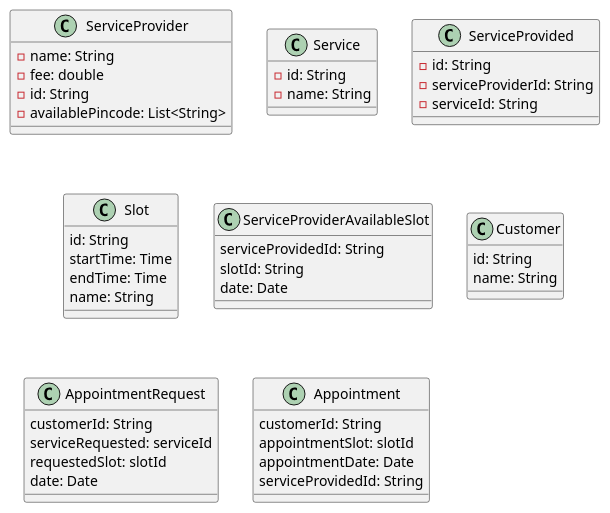
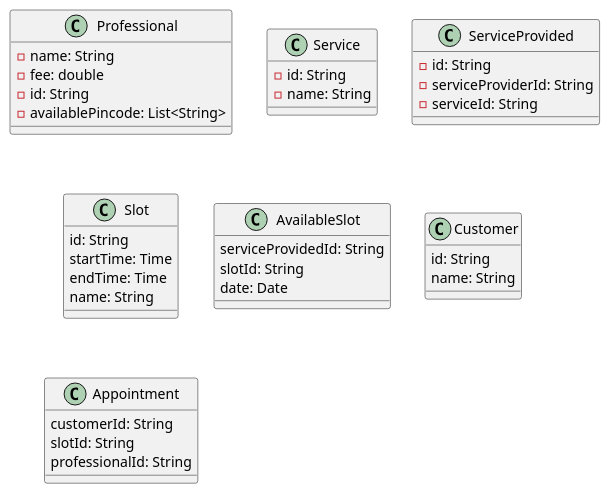
The diagram in UrbanClap/UrbanClapClassDiagram.puml (SanthoshGugan/LLD), drawn with PlantUML before and after one commit. The commit also changed 24 other files, not shown here.

```diff
--- a/UrbanClap/UrbanClapClassDiagram.puml
+++ b/UrbanClap/UrbanClapClassDiagram.puml
@@ -1,57 +1,50 @@
 @startuml
 'https://plantuml.com/class-diagram
 
-class ServiceProvider {
+class Professional {
     - name: String
     - fee: double
     - id: String
     - availablePincode: List<String>
 }
 
 
 
 class Service {
     - id: String
     - name: String
 }
 
 class ServiceProvided {
     - id: String
     - serviceProviderId: String
     - serviceId: String
 
 }
 
 class Slot {
     id: String
     startTime: Time
     endTime: Time
     name: String
 }
 
-class ServiceProviderAvailableSlot {
+class AvailableSlot {
     serviceProvidedId: String
     slotId: String
     date: Date
 }
 
 class Customer {
     id: String
     name: String
 }
 
-class AppointmentRequest {
-    customerId: String
-    serviceRequested: serviceId
-    requestedSlot: slotId
-    date: Date
-}
 
 class Appointment {
     customerId: String
-    appointmentSlot: slotId
-    appointmentDate: Date
-    serviceProvidedId: String
+    slotId: String
+    professionalId: String
 }
 
 @enduml
```
